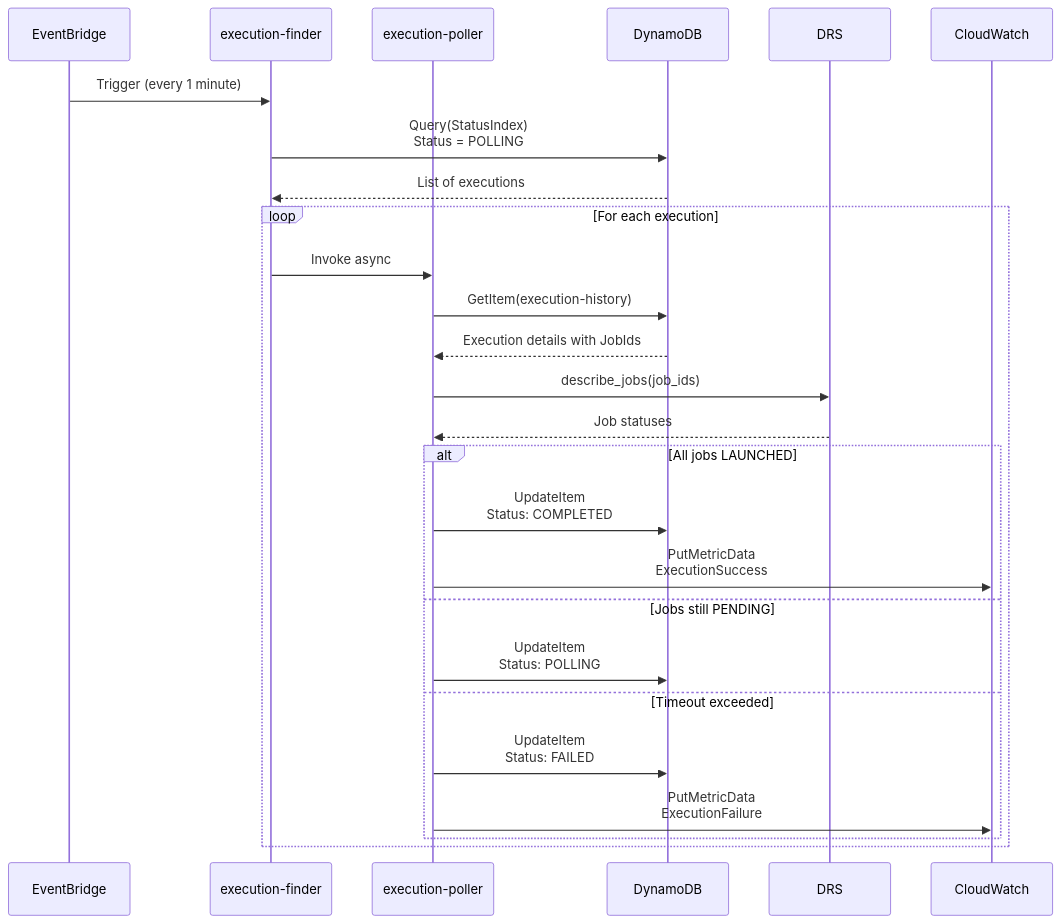
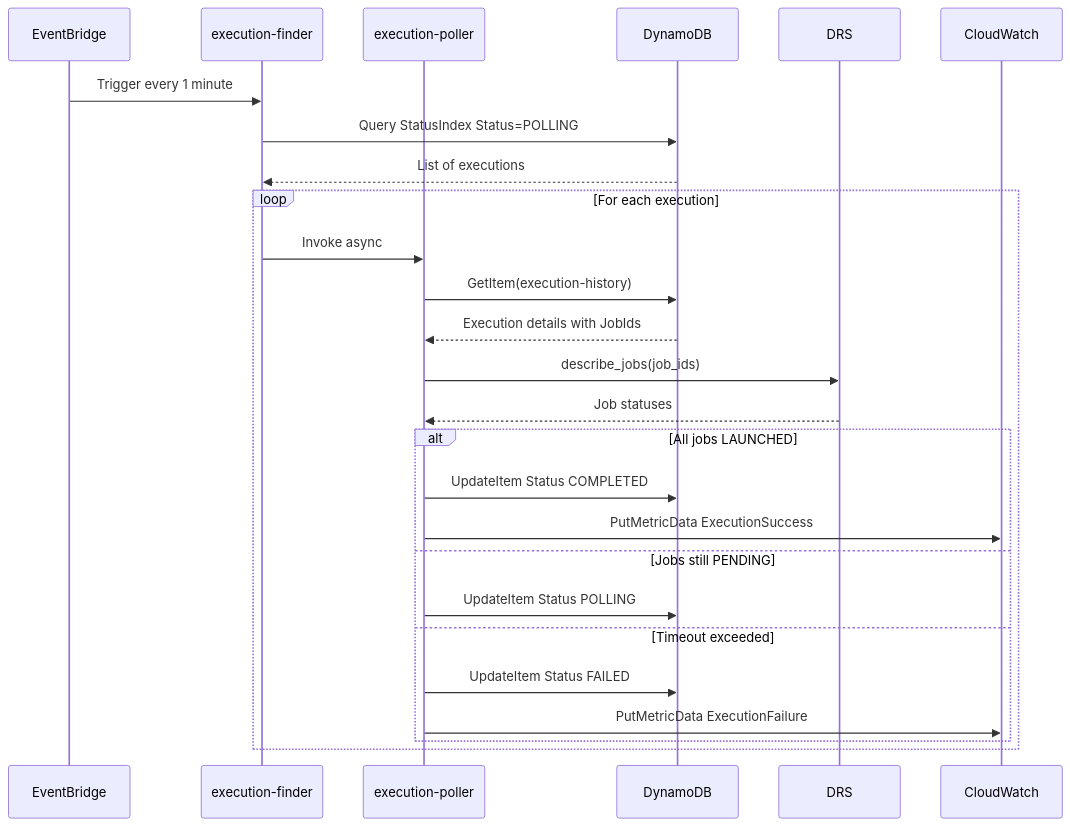
Before and after one commit to johnjcousens/aws-elasticdrs-orchestrator: the fifth of 10 diagrams in docs/architecture/ARCHITECTURE_DIAGRAMS.md, drawn with Mermaid. The commit also changed other lines of this file, not shown here.

First line of the commit message:
docs: fix Mermaid sequence diagram syntax errors

````diff
--- a/docs/architecture/ARCHITECTURE_DIAGRAMS.md
+++ b/docs/architecture/ARCHITECTURE_DIAGRAMS.md
@@ -265,34 +265,34 @@
 ```mermaid
 sequenceDiagram
     participant EventBridge
-    participant execution-finder
-    participant execution-poller
+    participant Finder as execution-finder
+    participant Poller as execution-poller
     participant DynamoDB
     participant DRS
     participant CloudWatch
-    
-    EventBridge->>execution-finder: Trigger (every 1 minute)
-    
-    execution-finder->>DynamoDB: Query(StatusIndex)<br/>Status = POLLING
-    DynamoDB-->>execution-finder: List of executions
-    
+
+    EventBridge->>Finder: Trigger every 1 minute
+
+    Finder->>DynamoDB: Query StatusIndex Status=POLLING
+    DynamoDB-->>Finder: List of executions
+
     loop For each execution
-        execution-finder->>execution-poller: Invoke async
-        
-        execution-poller->>DynamoDB: GetItem(execution-history)
-        DynamoDB-->>execution-poller: Execution details with JobIds
-        
-        execution-poller->>DRS: describe_jobs(job_ids)
-        DRS-->>execution-poller: Job statuses
-        
+        Finder->>Poller: Invoke async
+
+        Poller->>DynamoDB: GetItem(execution-history)
+        DynamoDB-->>Poller: Execution details with JobIds
+
+        Poller->>DRS: describe_jobs(job_ids)
+        DRS-->>Poller: Job statuses
+
         alt All jobs LAUNCHED
-            execution-poller->>DynamoDB: UpdateItem<br/>Status: COMPLETED
-            execution-poller->>CloudWatch: PutMetricData<br/>ExecutionSuccess
+            Poller->>DynamoDB: UpdateItem Status COMPLETED
+            Poller->>CloudWatch: PutMetricData ExecutionSuccess
         else Jobs still PENDING
-            execution-poller->>DynamoDB: UpdateItem<br/>Status: POLLING
+            Poller->>DynamoDB: UpdateItem Status POLLING
         else Timeout exceeded
-            execution-poller->>DynamoDB: UpdateItem<br/>Status: FAILED
-            execution-poller->>CloudWatch: PutMetricData<br/>ExecutionFailure
+            Poller->>DynamoDB: UpdateItem Status FAILED
+            Poller->>CloudWatch: PutMetricData ExecutionFailure
         end
     end
 ```
````
